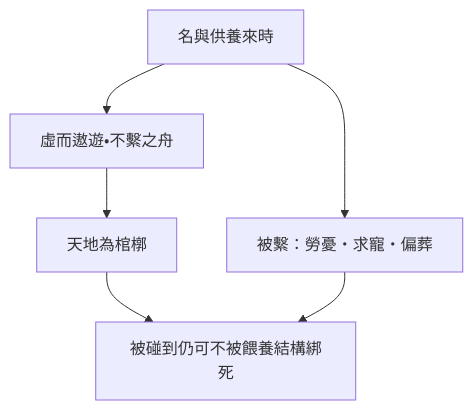
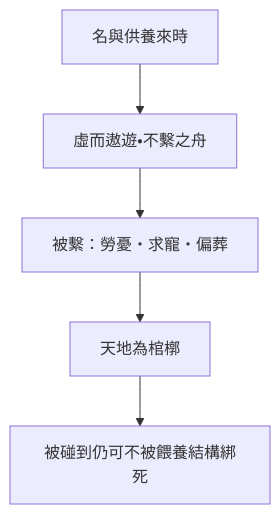
The second of 2 diagrams in content/chapters/03-雜篇/32-列御寇.md (show0621/zhuangzi-atlas), drawn with Mermaid before and after one commit. The commit also changed other lines of this file and 35 other files, not shown here.

First line of the commit message:
fix(print): 全書心智圖改單欄並獨頁放大

````diff
--- a/content/chapters/03-雜篇/32-列御寇.md
+++ b/content/chapters/03-雜篇/32-列御寇.md
@@ -277,8 +277,8 @@
 ```mermaid
 flowchart TB
-  Q["名與供養來時"] --> X["虛而遨遊・不繫之舟"]
-  Q --> B["被繫：勞憂・求寵・偏葬"]
-  X --> D["天地為棺槨"]
+  Q["名與供養來時"]
+  Q --> X["虛而遨遊・不繫之舟"]
+  X --> B["被繫：勞憂・求寵・偏葬"]
+  B --> D["天地為棺槨"]
   D --> R["被碰到仍可不被餵養結構綁死"]
-  B --> R
 ```
````
